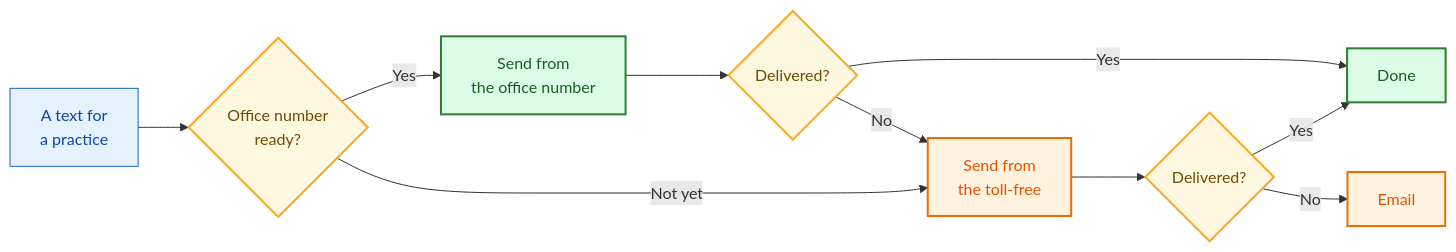
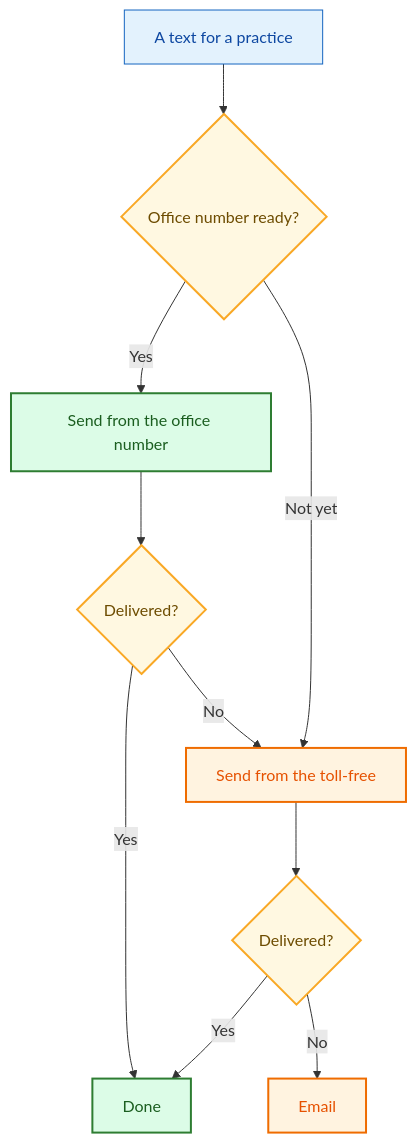
Before and after one commit to daava-hq/shared-docs: the sixth of 6 diagrams in docs/office-number-texting-report.md, drawn with Mermaid. The commit also changed other lines of this file, not shown here.

First line of the commit message:
Fit the texting diagrams to the page

````diff
--- a/docs/office-number-texting-report.md
+++ b/docs/office-number-texting-report.md
@@ -232,22 +223,22 @@
 ```mermaid
-flowchart LR
-  MSG["A text for<br/>a practice"] --> READY{"Office number<br/>ready?"}
-  READY -->|Yes| OFFICE["Send from<br/>the office number"]
-  READY -->|Not yet| TF["Send from<br/>the toll-free"]
+flowchart TD
+  MSG["A text for a practice"] --> READY{"Office number ready?"}
+  READY -->|Yes| OFFICE["Send from the office number"]
+  READY -->|Not yet| TF["Send from the toll-free"]
   OFFICE --> OK{"Delivered?"}
   OK -->|Yes| DONE["Done"]
   OK -->|No| TF
   TF --> STILL{"Delivered?"}
   STILL -->|Yes| DONE
   STILL -->|No| EMAIL["Email"]
 
   classDef decisionNode fill:#fff8e1,stroke:#f9a825,stroke-width:2px,color:#6d4c00
   classDef actionNode fill:#e3f2fd,stroke:#1565c0,color:#0d47a1
   classDef cleanNode fill:#dcfce7,stroke:#2e7d32,stroke-width:2px,color:#1b5e20
   classDef fallNode fill:#fff3e0,stroke:#ef6c00,stroke-width:2px,color:#e65100
 
   class READY,OK,STILL decisionNode
   class MSG actionNode
   class OFFICE,DONE cleanNode
   class TF,EMAIL fallNode
 ```
````
